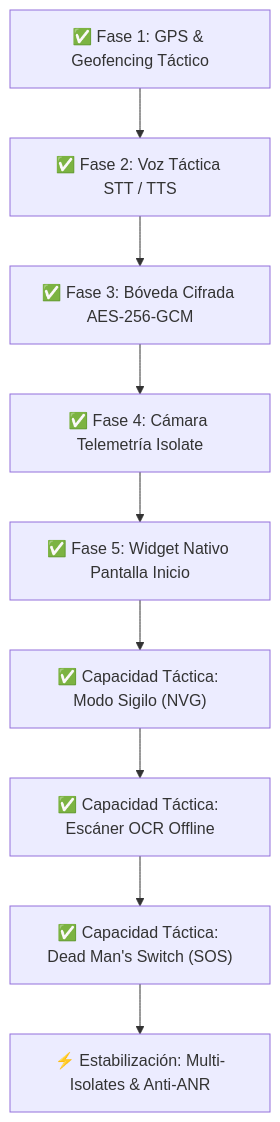
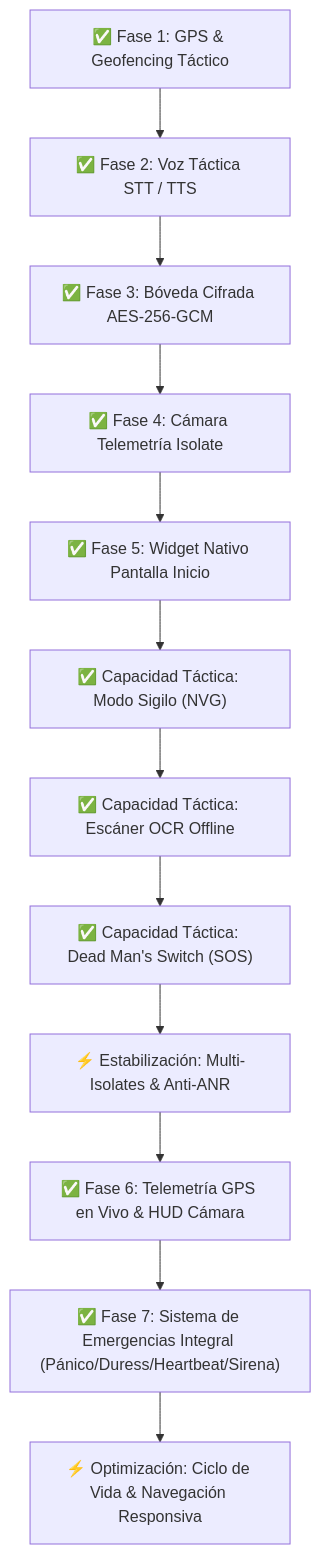
Before and after one commit to zuluetaulianov-eng/cobalto_mobile: the diagram in README.md, drawn with Mermaid. The commit also changed other lines of this file and 29 other files, not shown here.

Commit message:
feat(emergency): integrated SOS system, GPS telemetry HUD, power lifecycle and responsive navigation

````diff
--- a/README.md
+++ b/README.md
@@ -15,11 +15,14 @@
 ```mermaid
 graph TD
     A["✅ Fase 1: GPS & Geofencing Táctico"] --> B["✅ Fase 2: Voz Táctica STT / TTS"]
     B --> C["✅ Fase 3: Bóveda Cifrada AES-256-GCM"]
     C --> D["✅ Fase 4: Cámara Telemetría Isolate"]
     D --> E["✅ Fase 5: Widget Nativo Pantalla Inicio"]
     E --> F["✅ Capacidad Táctica: Modo Sigilo (NVG)"]
     F --> G["✅ Capacidad Táctica: Escáner OCR Offline"]
     G --> H["✅ Capacidad Táctica: Dead Man's Switch (SOS)"]
     H --> I["⚡ Estabilización: Multi-Isolates & Anti-ANR"]
+    I --> J["✅ Fase 6: Telemetría GPS en Vivo & HUD Cámara"]
+    J --> K["✅ Fase 7: Sistema de Emergencias Integral (Pánico/Duress/Heartbeat/Sirena)"]
+    K --> L["⚡ Optimización: Ciclo de Vida & Navegación Responsiva"]
 ```
````
